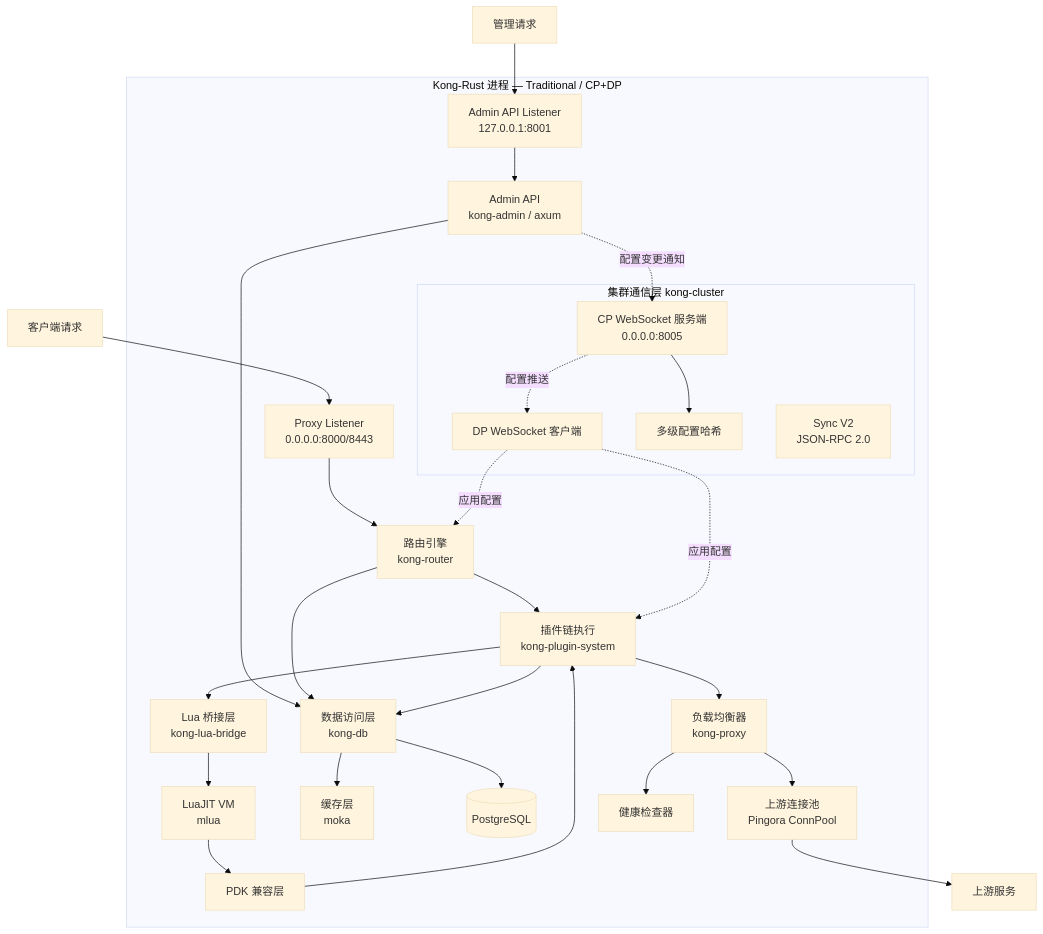
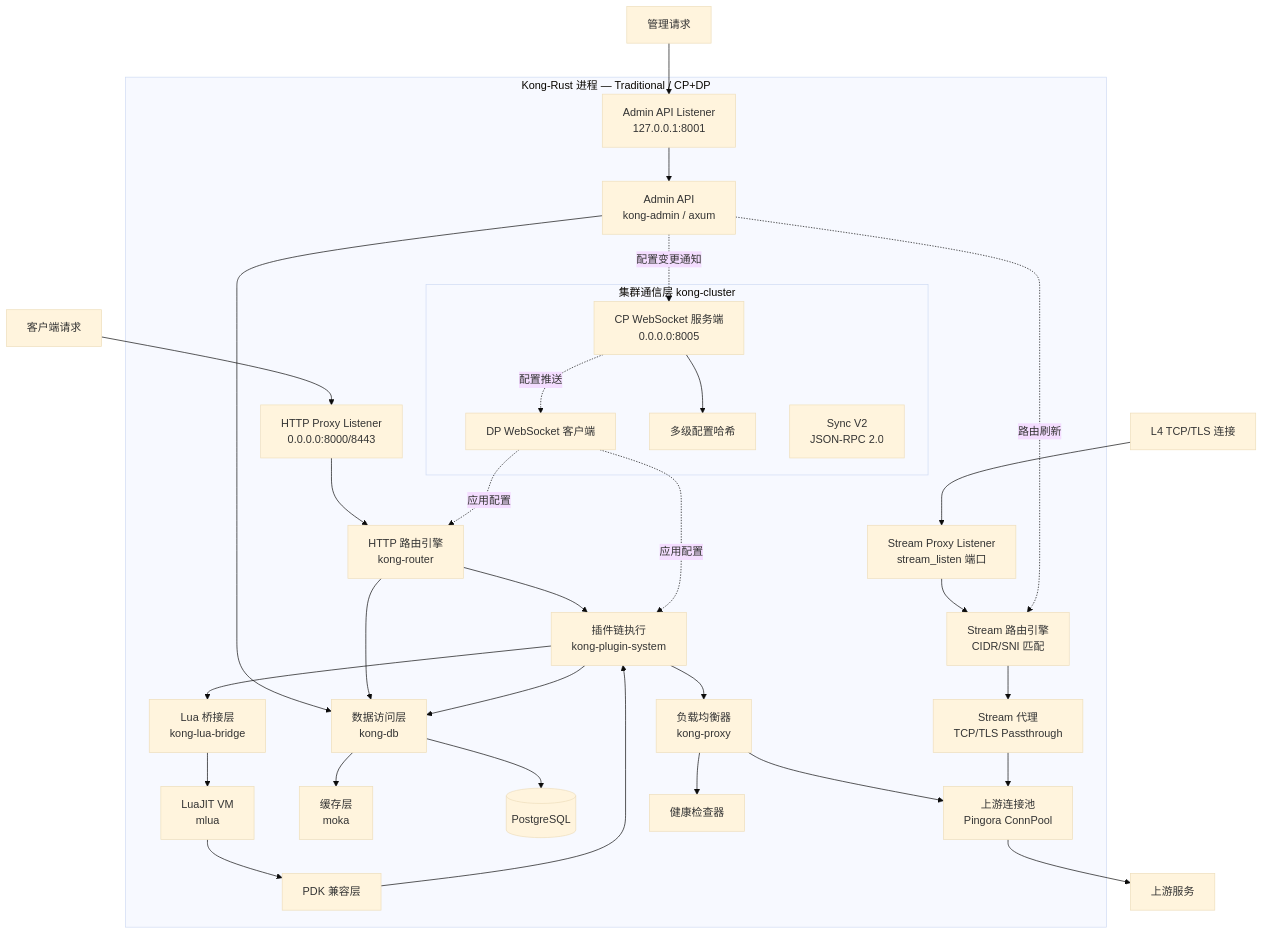
Before and after one commit to kong-rust/kong-rust: the first of 2 diagrams in .spec-workflow/specs/kong-rust/design.md, drawn with Mermaid (base theme). The commit also changed other lines of this file and 3 other files, not shown here.

First line of the commit message:
Update docs: add L4 Stream proxy architecture description and project structure

````diff
--- a/.spec-workflow/specs/kong-rust/design.md
+++ b/.spec-workflow/specs/kong-rust/design.md
@@ -42,41 +42,47 @@
 ```mermaid
 graph TB
-    Client[客户端请求] --> ProxyListener[Proxy Listener<br/>0.0.0.0:8000/8443]
+    Client[客户端请求] --> ProxyListener[HTTP Proxy Listener<br/>0.0.0.0:8000/8443]
+    StreamClient[L4 TCP/TLS 连接] --> StreamListener[Stream Proxy Listener<br/>stream_listen 端口]
     AdminClient[管理请求] --> AdminListener[Admin API Listener<br/>127.0.0.1:8001]
 
     subgraph KongRust[Kong-Rust 进程 — Traditional / CP+DP]
-        ProxyListener --> Router[路由引擎<br/>kong-router]
+        ProxyListener --> Router[HTTP 路由引擎<br/>kong-router]
         Router --> PluginChain[插件链执行<br/>kong-plugin-system]
         PluginChain --> LuaBridge[Lua 桥接层<br/>kong-lua-bridge]
         PluginChain --> Balancer[负载均衡器<br/>kong-proxy]
         Balancer --> UpstreamConn[上游连接池<br/>Pingora ConnPool]
+
+        StreamListener --> StreamRouter[Stream 路由引擎<br/>CIDR/SNI 匹配]
+        StreamRouter --> StreamProxy[Stream 代理<br/>TCP/TLS Passthrough]
+        StreamProxy --> UpstreamConn
 
         AdminListener --> AdminAPI[Admin API<br/>kong-admin / axum]
         AdminAPI --> DAO[数据访问层<br/>kong-db]
         DAO --> Cache[缓存层<br/>moka]
         DAO --> DB[(PostgreSQL)]
 
         LuaBridge --> LuaVM[LuaJIT VM<br/>mlua]
         LuaVM --> PDK[PDK 兼容层]
         PDK --> PluginChain
 
         Router --> DAO
         PluginChain --> DAO
         Balancer --> HealthChecker[健康检查器]
 
         subgraph Cluster[集群通信层 kong-cluster]
             CPServer[CP WebSocket 服务端<br/>0.0.0.0:8005]
             DPClient[DP WebSocket 客户端]
             ConfigHash[多级配置哈希]
             SyncV2[Sync V2<br/>JSON-RPC 2.0]
         end
 
         AdminAPI -.->|配置变更通知| CPServer
+        AdminAPI -.->|路由刷新| StreamRouter
         CPServer -.->|配置推送| DPClient
         DPClient -.->|应用配置| Router
         DPClient -.->|应用配置| PluginChain
         CPServer --> ConfigHash
     end
 
     UpstreamConn --> Upstream[上游服务]
 ```
````
